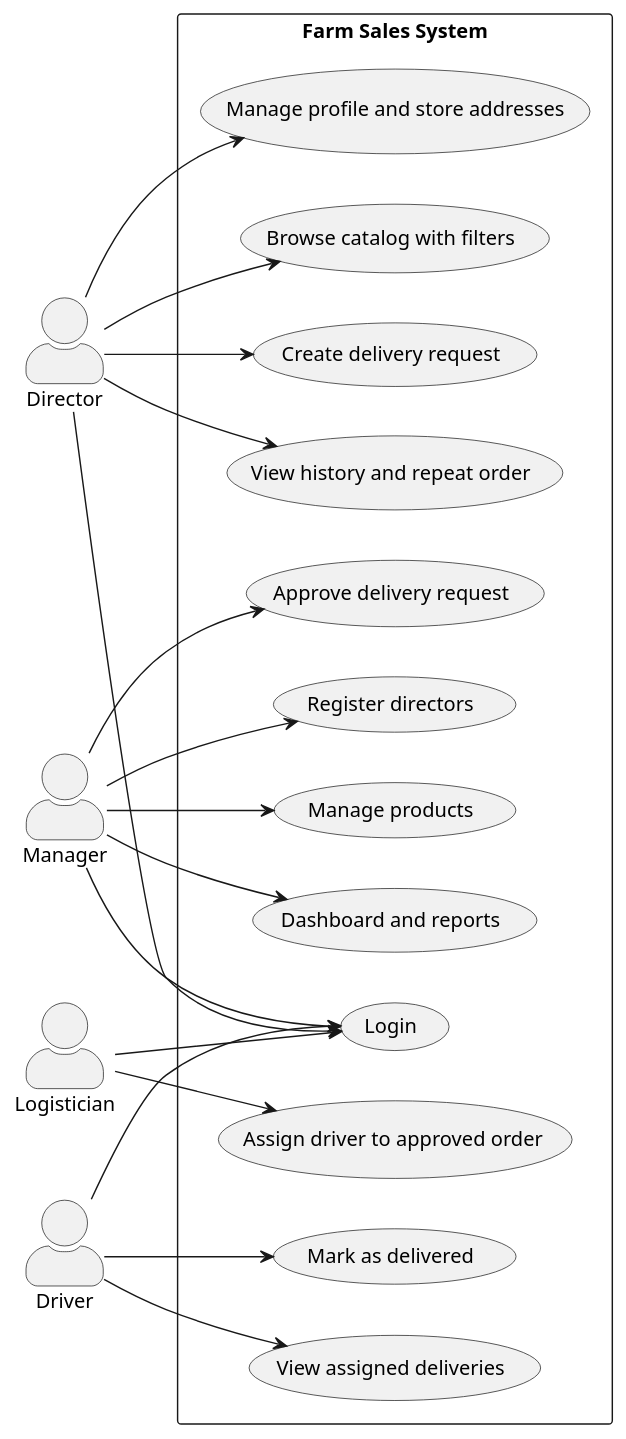
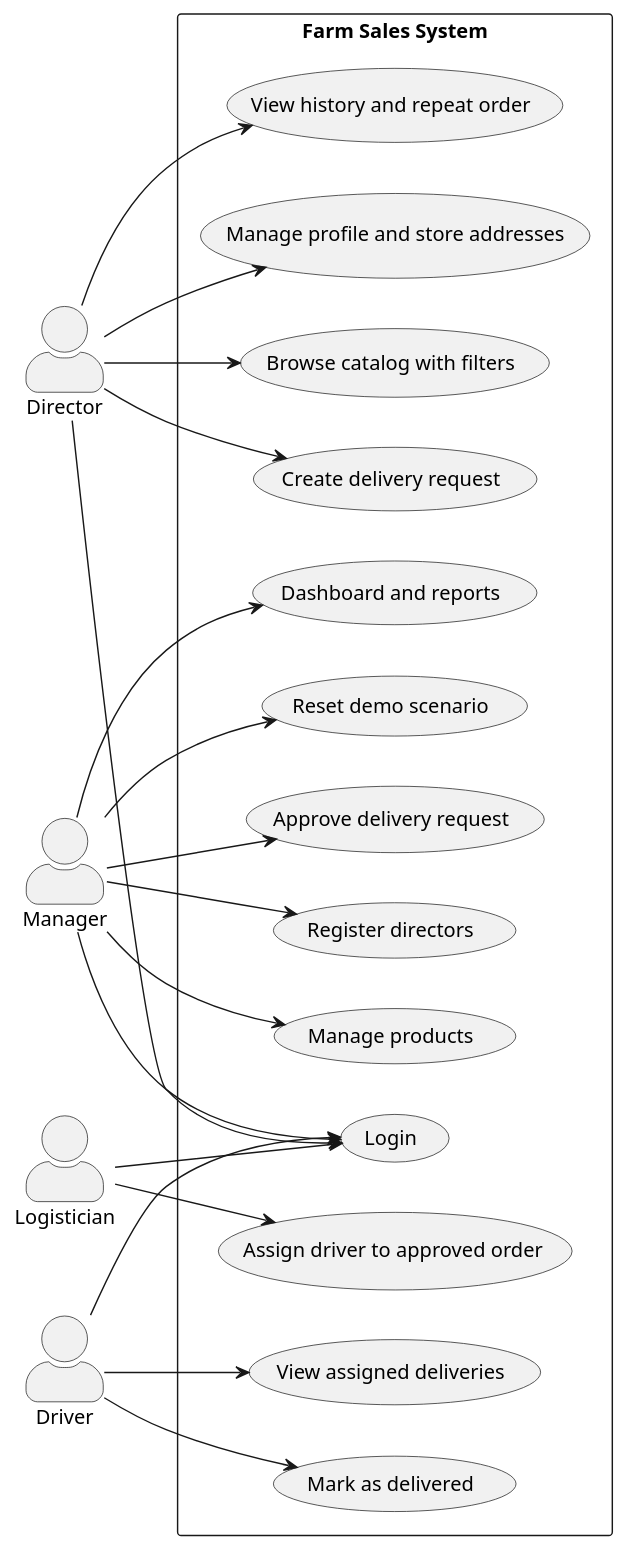
The diagram in docs/diagrams/use-case.puml (mkmacupe/farmer), drawn with PlantUML before and after one commit. The commit also changed 19 other files, not shown here.

Commit message:
Add defense demo reset flow and docs

```diff
--- a/docs/diagrams/use-case.puml
+++ b/docs/diagrams/use-case.puml
@@ -1,43 +1,45 @@
 @startuml
 left to right direction
 skinparam actorStyle awesome
 
 actor "Director" as director
 actor "Manager" as manager
 actor "Logistician" as logistician
 actor "Driver" as driver
 
 rectangle "Farm Sales System" {
   usecase "Login" as UC_Login
+  usecase "Reset demo scenario" as UC_ResetDemo
   usecase "Manage profile and store addresses" as UC_Profile
   usecase "Browse catalog with filters" as UC_Catalog
   usecase "Create delivery request" as UC_CreateOrder
   usecase "View history and repeat order" as UC_Repeat
   usecase "Approve delivery request" as UC_Approve
   usecase "Register directors" as UC_Register
   usecase "Manage products" as UC_ManageProducts
   usecase "Assign driver to approved order" as UC_Assign
   usecase "View assigned deliveries" as UC_MyDeliveries
   usecase "Mark as delivered" as UC_Delivered
   usecase "Dashboard and reports" as UC_Reports
 }
 
 director --> UC_Login
 director --> UC_Profile
 director --> UC_Catalog
 director --> UC_CreateOrder
 director --> UC_Repeat
 
 manager --> UC_Login
 manager --> UC_Register
 manager --> UC_Approve
 manager --> UC_ManageProducts
 manager --> UC_Reports
+manager --> UC_ResetDemo
 
 logistician --> UC_Login
 logistician --> UC_Assign
 
 driver --> UC_Login
 driver --> UC_MyDeliveries
 driver --> UC_Delivered
 @enduml
```
